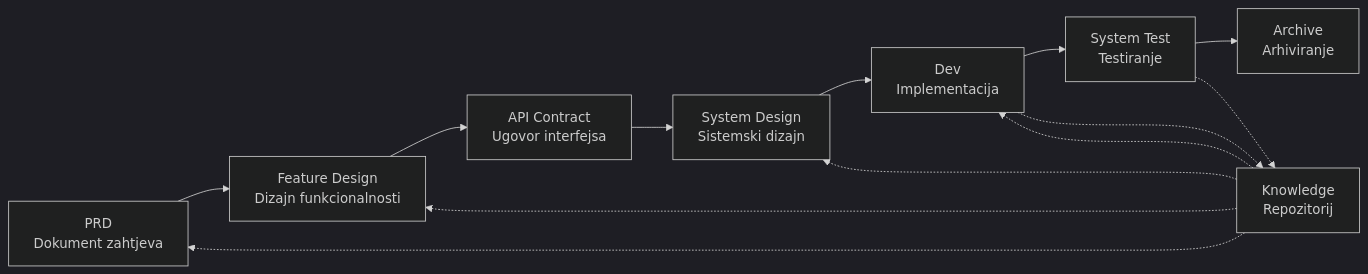
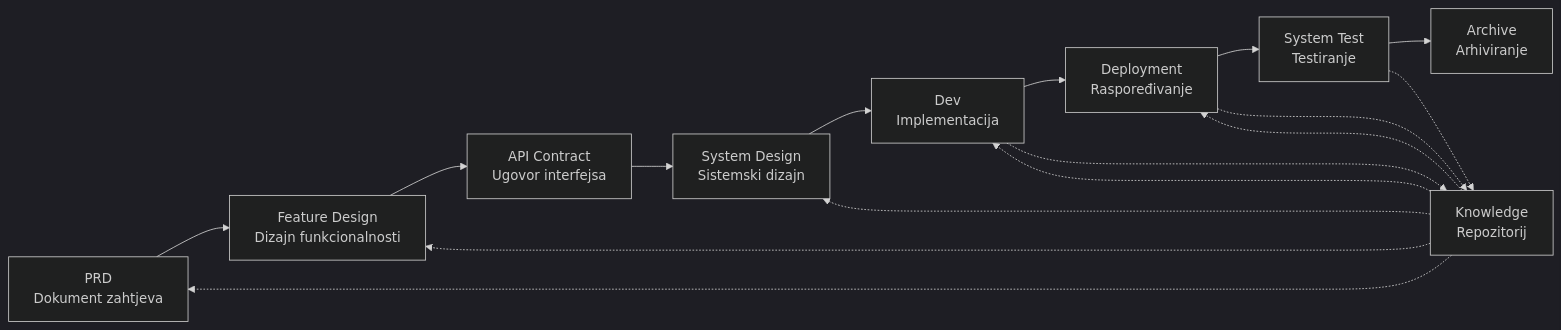
Before and after one commit to charlesmu99/speccrew: the diagram in README.bs.md, drawn with Mermaid (dark theme). The commit also changed other lines of this file and 35 other files, not shown here.

````diff
--- a/README.bs.md
+++ b/README.bs.md
@@ -166,17 +166,20 @@
 ```mermaid
 graph LR
     A[PRD<br/>Dokument zahtjeva] --> B[Feature Design<br/>Dizajn funkcionalnosti]
     B --> C[API Contract<br/>Ugovor interfejsa]
     C --> D[System Design<br/>Sistemski dizajn]
     D --> E[Dev<br/>Implementacija]
-    E --> F[System Test<br/>Testiranje]
-    F --> G[Archive<br/>Arhiviranje]
+    E --> F[Deployment<br/>Raspoređivanje]
+    F --> G[System Test<br/>Testiranje]
+    G --> H[Archive<br/>Arhiviranje]
     
-    H[Knowledge<br/>Repozitorij] -.-> A
-    H -.-> B
-    H -.-> D
-    H -.-> E
+    I[Knowledge<br/>Repozitorij] -.-> A
+    I -.-> B
+    I -.-> D
+    I -.-> E
+    I -.-> F
     
-    E -.-> H
-    F -.-> H
+    E -.-> I
+    F -.-> I
+    G -.-> I
 ```
````
